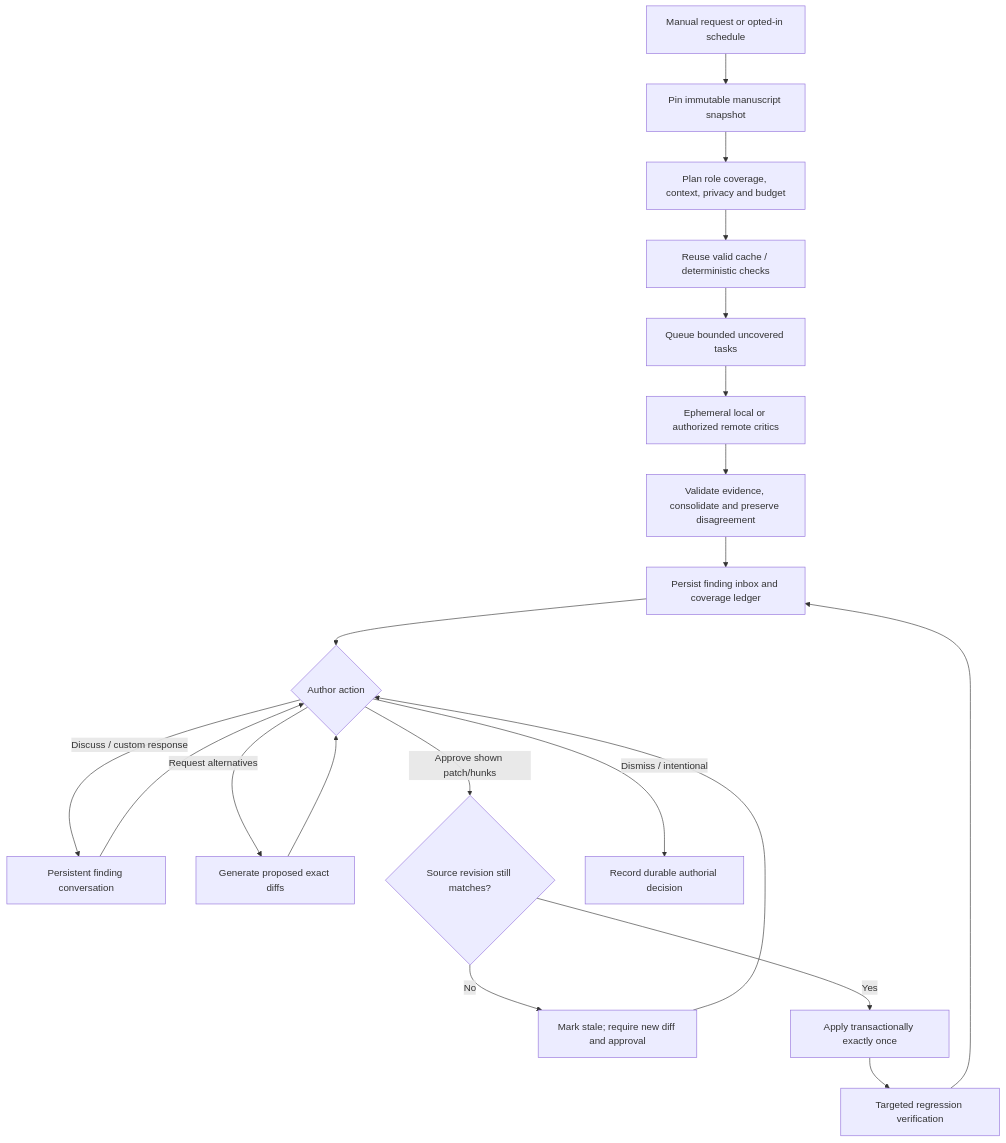
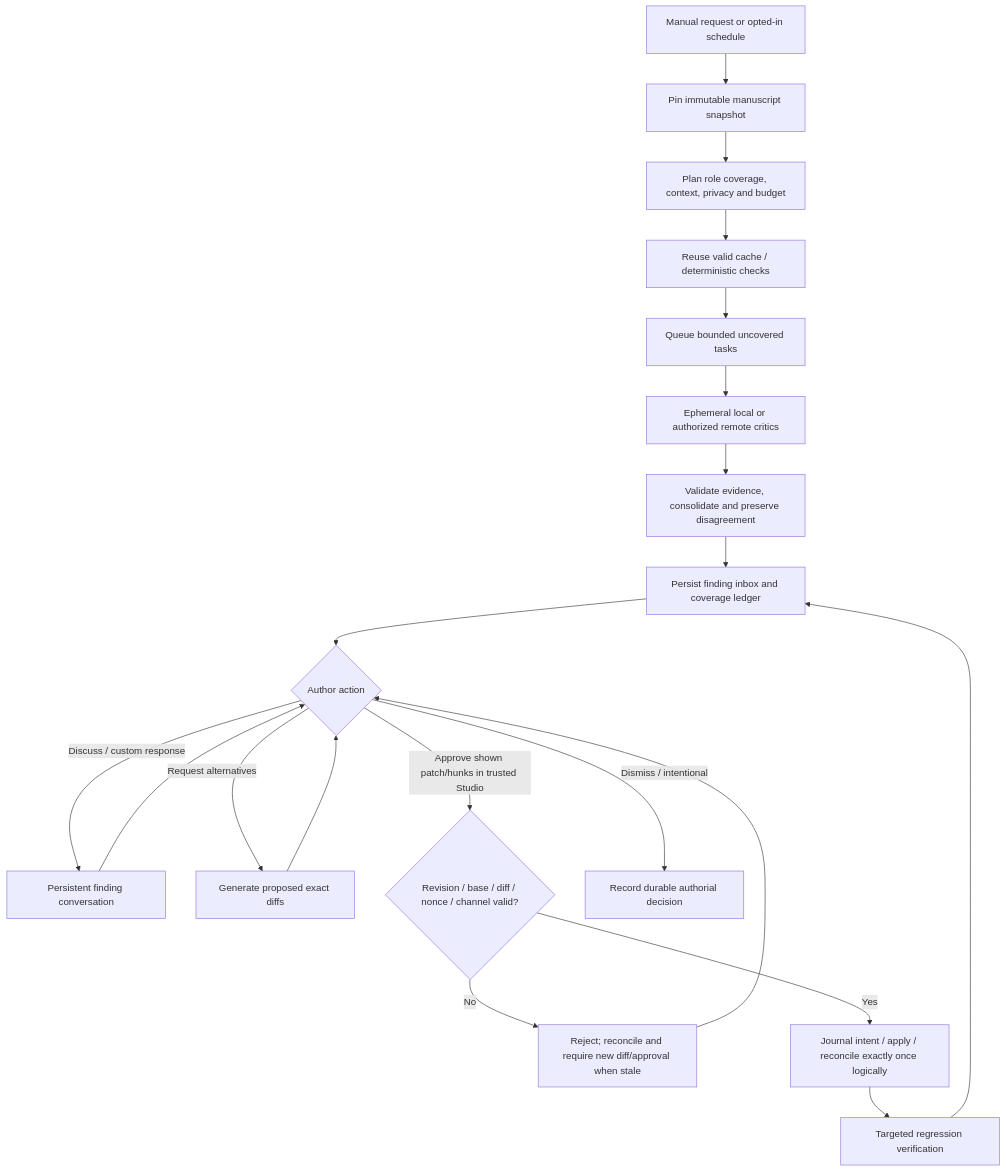
Before and after one commit to Arcadesys/heinlein: the second of 6 diagrams in docs/architecture/orchestration-v0.2.1.md, drawn with Mermaid. The commit also changed other lines of this file, not shown here.

Commit message:
docs: enforce scoped draft authority, trusted approvals, and journaled recovery

````diff
--- a/docs/architecture/orchestration-v0.2.1.md
+++ b/docs/architecture/orchestration-v0.2.1.md
@@ -81,22 +114,22 @@
 ```mermaid
 flowchart TD
   A["Manual request or opted-in schedule"] --> B["Pin immutable manuscript snapshot"]
   B --> C["Plan role coverage, context, privacy and budget"]
   C --> D["Reuse valid cache / deterministic checks"]
   D --> E["Queue bounded uncovered tasks"]
   E --> F["Ephemeral local or authorized remote critics"]
   F --> G["Validate evidence, consolidate and preserve disagreement"]
   G --> H["Persist finding inbox and coverage ledger"]
   H --> I{"Author action"}
   I -->|"Discuss / custom response"| J["Persistent finding conversation"]
   J --> I
   I -->|"Request alternatives"| K["Generate proposed exact diffs"]
   K --> I
-  I -->|"Approve shown patch/hunks"| L{"Source revision still matches?"}
-  L -->|"No"| M["Mark stale; require new diff and approval"]
+  I -->|"Approve shown patch/hunks in trusted Studio"| L{"Revision / base / diff / nonce / channel valid?"}
+  L -->|"No"| M["Reject; reconcile and require new diff/approval when stale"]
   M --> I
-  L -->|"Yes"| N["Apply transactionally exactly once"]
+  L -->|"Yes"| N["Journal intent / apply / reconcile exactly once logically"]
   N --> O["Targeted regression verification"]
   O --> H
   I -->|"Dismiss / intentional"| P["Record durable authorial decision"]
 ```
````
